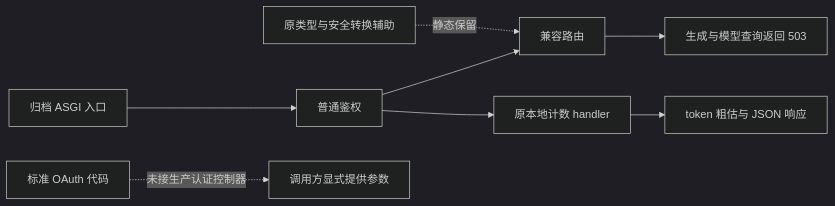
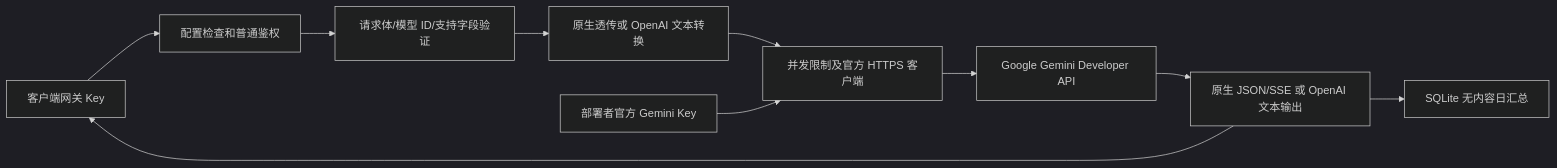
Before and after one commit to illusion0715/agy2cli-source: the diagram in ARCHITECTURE.md, drawn with Mermaid (dark theme). The commit also changed other lines of this file and 77 other files, not shown here.

````diff
--- a/ARCHITECTURE.md
+++ b/ARCHITECTURE.md
@@ -60,10 +18,12 @@
 ```mermaid
 flowchart LR
-  A[归档 ASGI 入口] --> B[普通鉴权]
-  B --> C[兼容路由]
-  C --> D[生成与模型查询返回 503]
-  B --> E[原本地计数 handler]
-  E --> F[token 粗估与 JSON 响应]
-  G[原类型与安全转换辅助] -.静态保留.-> C
-  H[标准 OAuth 代码] -.未接生产认证控制器.-> I[调用方显式提供参数]
+  C[客户端网关 Key] --> A[配置检查和普通鉴权]
+  A --> V[请求体/模型 ID/支持字段验证]
+  V --> P[原生透传或 OpenAI 文本转换]
+  P --> H[并发限制及官方 HTTPS 客户端]
+  K[部署者官方 Gemini Key] --> H
+  H --> G[Google Gemini Developer API]
+  G --> S[原生 JSON/SSE 或 OpenAI 文本输出]
+  S --> C
+  S --> D[SQLite 无内容日汇总]
 ```
````
